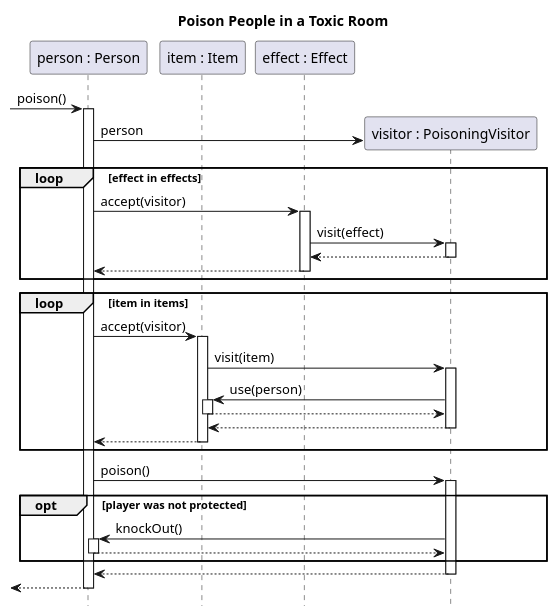
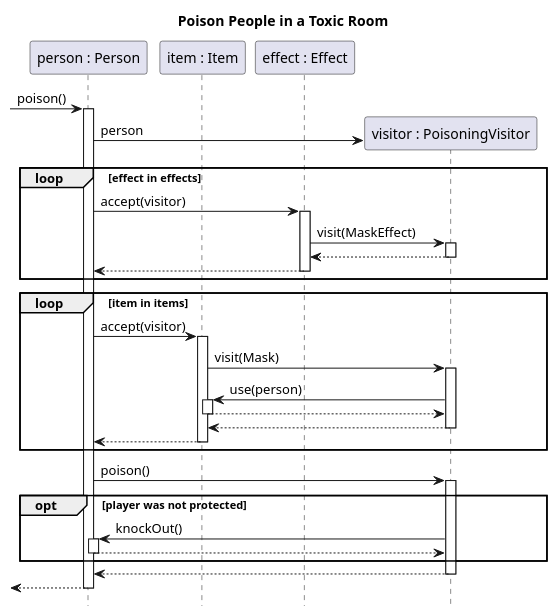
Before and after one commit to sn4k3ch4rm3r/logarlec: the diagram in docs/diagrams/sequence/toxic-room.puml, drawn with PlantUML. The commit also changed 2 other files, not shown here.

Commit message:
perform-attack, soul-theft, toxic-room diagram changes

```diff
--- a/docs/diagrams/sequence/toxic-room.puml
+++ b/docs/diagrams/sequence/toxic-room.puml
@@ -1,35 +1,35 @@
 @startuml toxic-room
 title Poison People in a Toxic Room
 hide footbox
 
 participant "person : Person" as p
 participant "item : Item" as i
 participant "effect : Effect" as e
 
 [-> p ++ : poison()
 create "visitor : PoisoningVisitor" as v
 p -> v : person
 loop effect in effects
 	p -> e ++: accept(visitor)
-	e -> v ++: visit(effect)
+	e -> v ++: visit(MaskEffect)
 	v --> e --
 	e --> p --
 end
 loop item in items
 	p -> i ++: accept(visitor)
-	i -> v ++: visit(item)
+	i -> v ++: visit(Mask)
 	v -> i ++: use(person)
 	i --> v --
 	v --> i --
 	i --> p --
 end
 
 p -> v ++: poison()
 opt player was not protected
 v -> p ++: knockOut()
 p --> v --
 end 
 v --> p --
 [<-- p --
 
 @enduml
```
